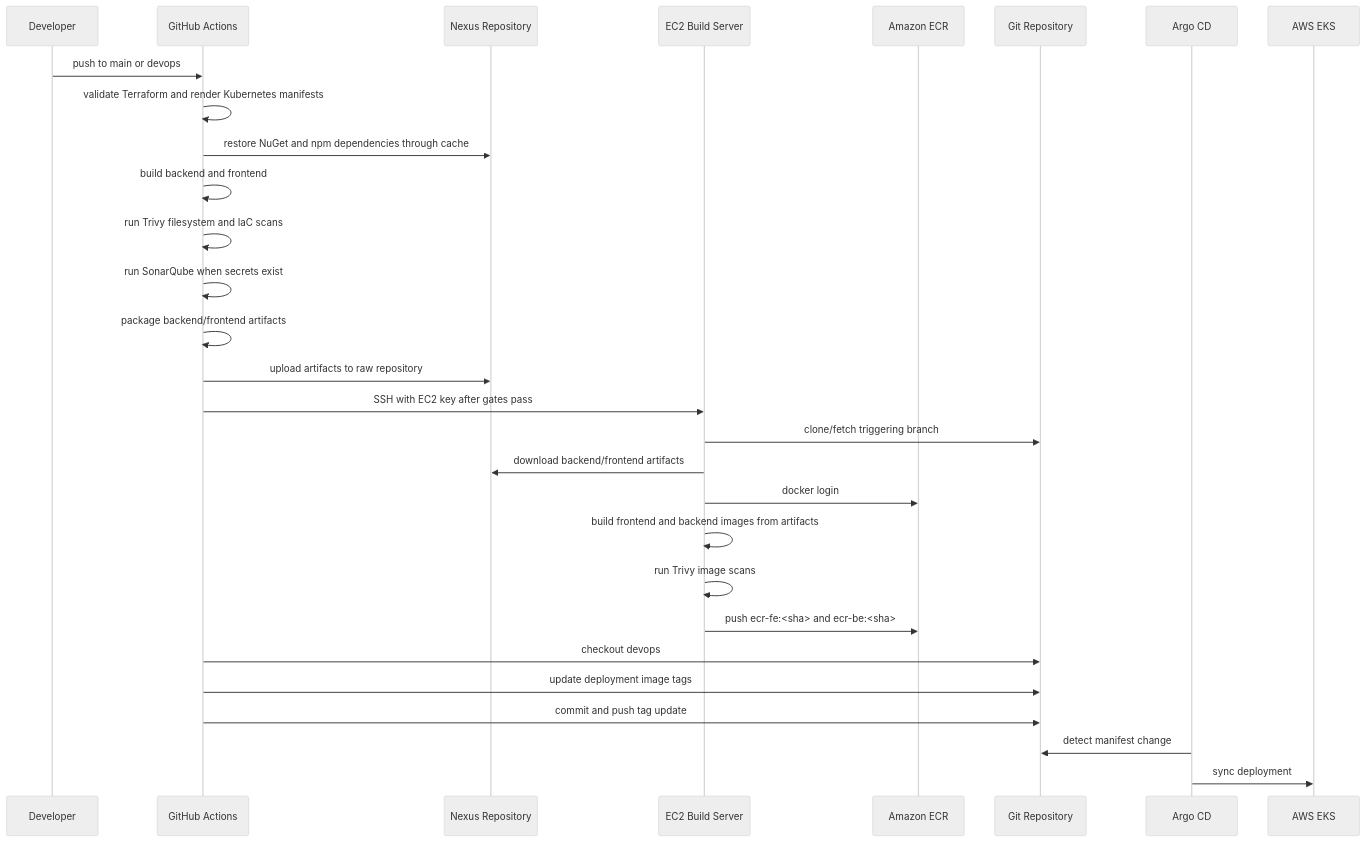
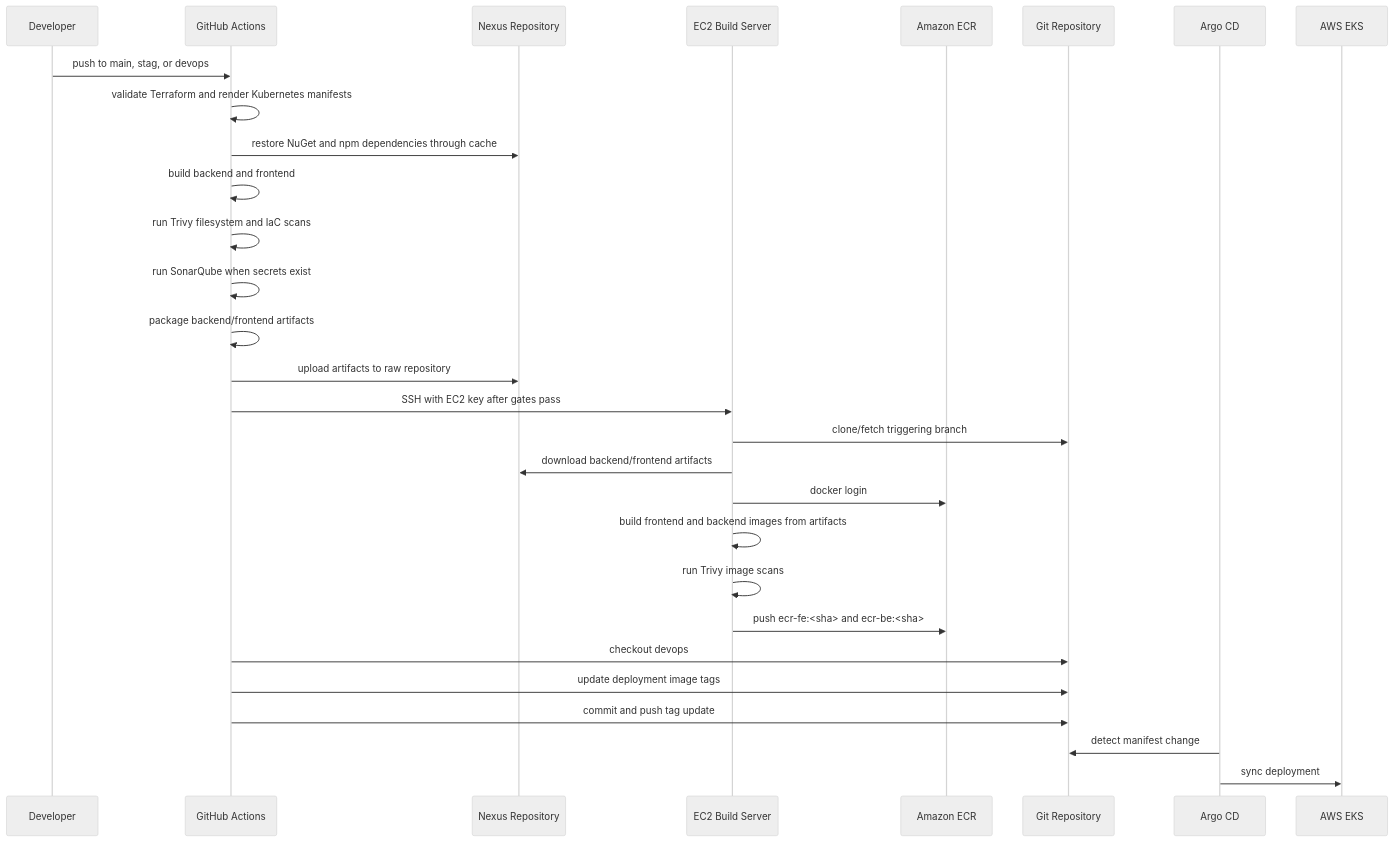
The second of 2 diagrams in .github/workflows/README.md (Kien-devops/eks-cicd-argocd-sec-monitor), drawn with Mermaid (neutral theme) before and after one commit. The commit also changed other lines of this file and 8 other files, not shown here.

````diff
--- a/.github/workflows/README.md
+++ b/.github/workflows/README.md
@@ -47,32 +47,32 @@
 ```mermaid
 sequenceDiagram
   participant Dev as Developer
   participant GH as GitHub Actions
   participant Nexus as Nexus Repository
   participant EC2 as EC2 Build Server
   participant ECR as Amazon ECR
   participant Git as Git Repository
   participant Argo as Argo CD
   participant EKS as AWS EKS
 
-  Dev->>GH: push to main or devops
+  Dev->>GH: push to main, stag, or devops
   GH->>GH: validate Terraform and render Kubernetes manifests
   GH->>Nexus: restore NuGet and npm dependencies through cache
   GH->>GH: build backend and frontend
   GH->>GH: run Trivy filesystem and IaC scans
   GH->>GH: run SonarQube when secrets exist
   GH->>GH: package backend/frontend artifacts
   GH->>Nexus: upload artifacts to raw repository
   GH->>EC2: SSH with EC2 key after gates pass
   EC2->>Git: clone/fetch triggering branch
   EC2->>Nexus: download backend/frontend artifacts
   EC2->>ECR: docker login
   EC2->>EC2: build frontend and backend images from artifacts
   EC2->>EC2: run Trivy image scans
   EC2->>ECR: push ecr-fe:<sha> and ecr-be:<sha>
   GH->>Git: checkout devops
   GH->>Git: update deployment image tags
   GH->>Git: commit and push tag update
   Argo->>Git: detect manifest change
   Argo->>EKS: sync deployment
 ```
````
